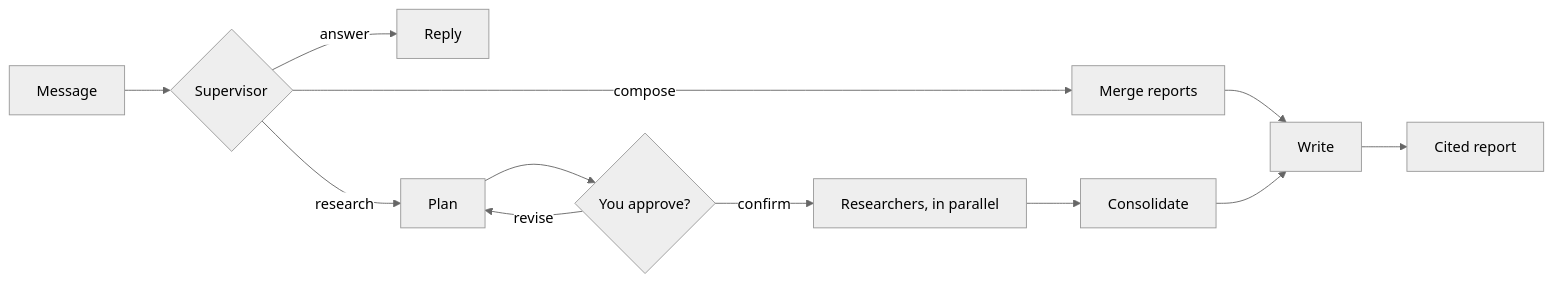
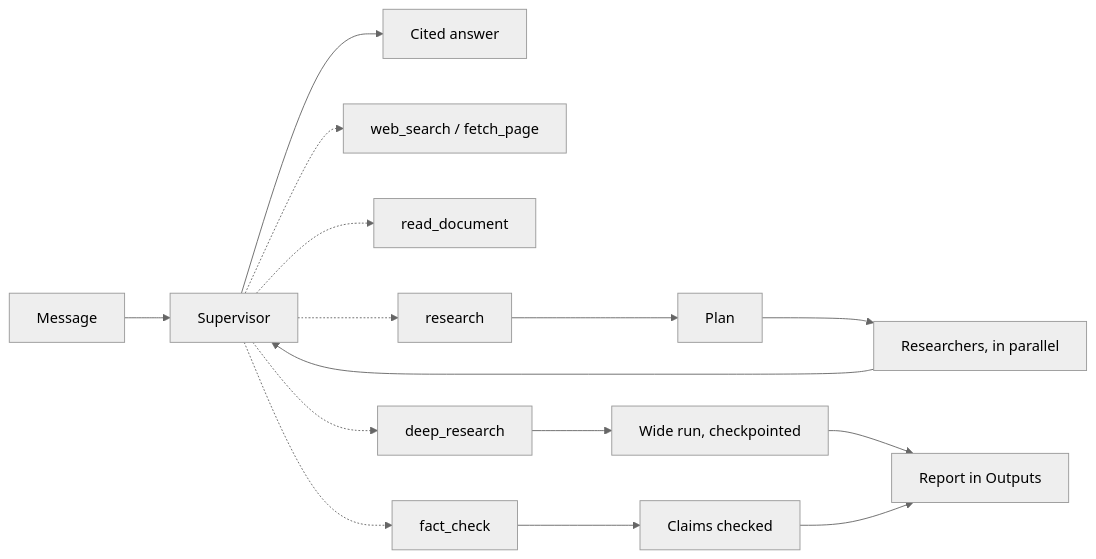
The diagram in README.md (Ghali-BenBouzid/nexus), drawn with Mermaid (neutral theme) before and after one commit. The commit also changed other lines of this file and 19 other files, not shown here.

````diff
--- a/README.md
+++ b/README.md
@@ -43,10 +37,11 @@
 ```mermaid
 flowchart LR
-    M[Message] --> S{Supervisor}
-    S -->|answer| A[Reply]
-    S -->|compose| C[Merge reports] --> W[Write]
-    S -->|research| P[Plan] --> R{You approve?}
-    R -->|revise| P
-    R -->|confirm| X[Researchers, in parallel] --> K[Consolidate] --> W
-    W --> Out[Cited report]
+    M[Message] --> S[Supervisor]
+    S --> A[Cited answer]
+    S -.-> T1[web_search / fetch_page]
+    S -.-> T2[read_document]
+    S -.-> T3[research]
+    T3 --> P[Plan] --> X[Researchers, in parallel] --> S
+    S -.-> T4[deep_research] --> D[Wide run, checkpointed] --> Out[Report in Outputs]
+    S -.-> T5[fact_check] --> F[Claims checked] --> Out
 ```
````
